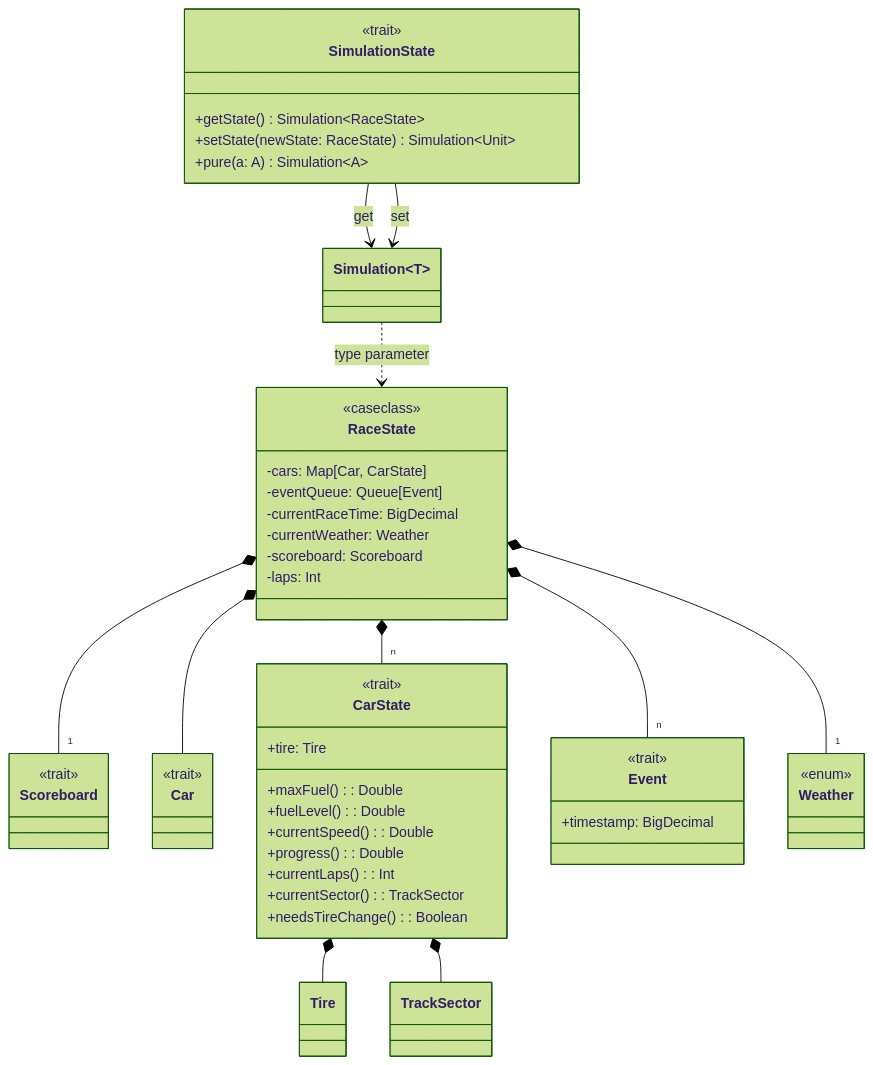
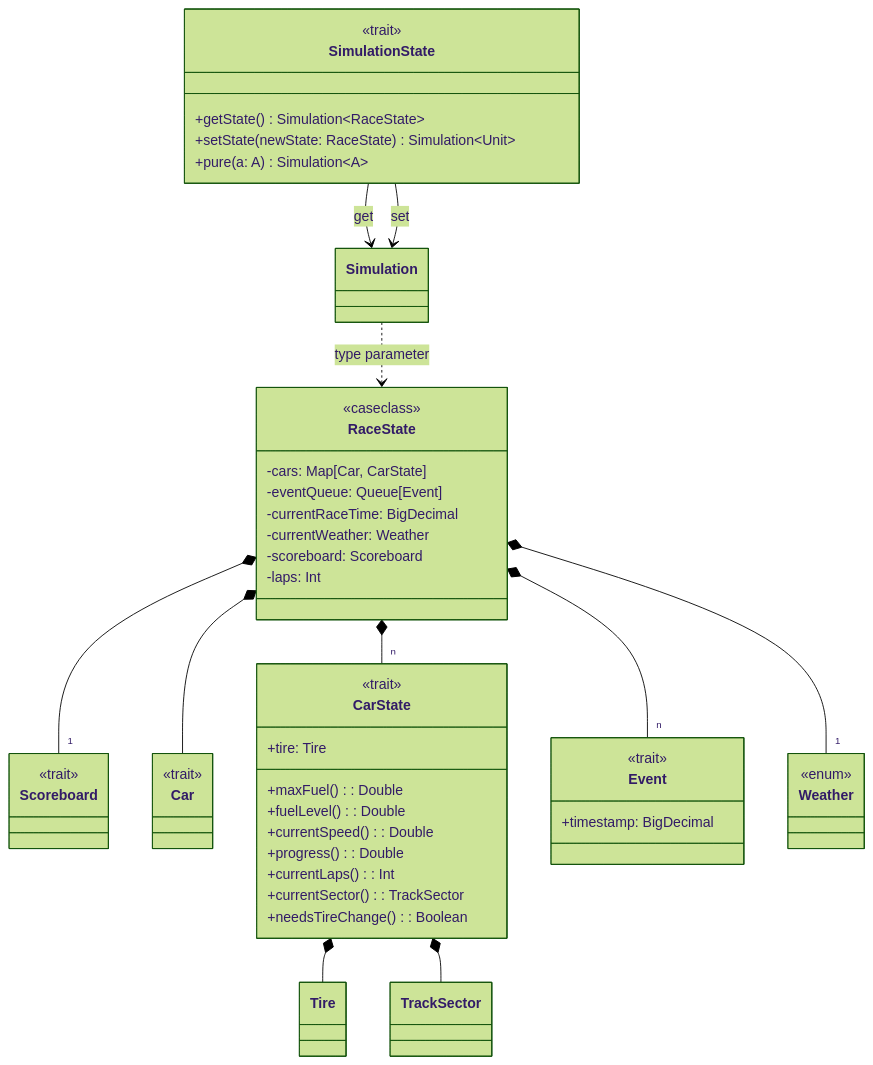
The diagram in docs/report/4_detailed_design/model/vuksan/simulation.md (ItsTiz/PPS-24-sgp), drawn with Mermaid (forest theme) before and after one commit.

Commit message:
docs: fix diagram

````diff
--- a/docs/report/4_detailed_design/model/vuksan/simulation.md
+++ b/docs/report/4_detailed_design/model/vuksan/simulation.md
@@ -9,68 +9,68 @@
 ```mermaid
 classDiagram
     direction TB
 
     class SimulationState {
         <<trait>>
         +getState() Simulation~RaceState~
         +setState(newState: RaceState) Simulation~Unit~
         +pure(a: A) Simulation~A~
     }
 
-    class Simulation~T~ {
+    class Simulation {
     }
 
     class RaceState {
     }
 
     class RaceState {
         <<caseclass>>
         -cars: Map[Car, CarState]
         -eventQueue: Queue[Event]
         -currentRaceTime: BigDecimal
         -currentWeather: Weather
         -scoreboard: Scoreboard
         -laps: Int
     }
 
     class Scoreboard {
         <<trait>>
     }
 
     class Car {
         <<trait>>
     }
 
     class CarState {
         <<trait>>
         +maxFuel(): Double
         +fuelLevel(): Double
         +currentSpeed(): Double
         +progress(): Double
         +tire: Tire
         +currentLaps(): Int
         +currentSector(): TrackSector
         +needsTireChange(): Boolean
     }
 
     class Event {
         <<trait>>
         +timestamp: BigDecimal
     }
 
     class Weather {
         <<enum>>
     }
 
     RaceState *-- "1" Weather
     RaceState *-- "1" Scoreboard
     RaceState *-- "n" CarState
     RaceState *-- "n" Event
     RaceState *-- Car
     CarState *-- Tire
     CarState *-- TrackSector
     SimulationState --> Simulation~RaceState~: get
     SimulationState --> Simulation~Unit~: set
-    Simulation~A~ ..> RaceState: type parameter
+    Simulation ..> RaceState: type parameter
 
 ```
````
